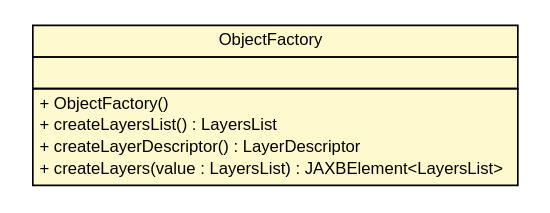
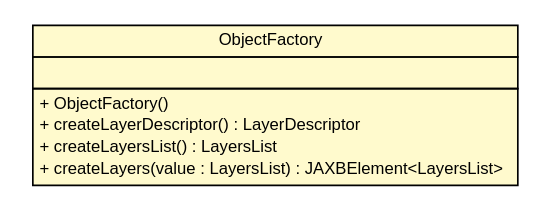
Before and after one commit to MinELenI/CBSviewer: the diagram in apidocs/nl/mineleni/cbsviewer/util/xml/ObjectFactory.dot, drawn with Graphviz. The commit also changed 664 other files, not shown here.

```diff
--- a/apidocs/nl/mineleni/cbsviewer/util/xml/ObjectFactory.dot
+++ b/apidocs/nl/mineleni/cbsviewer/util/xml/ObjectFactory.dot
@@ -1,27 +1,27 @@
 #!/usr/local/bin/dot
 #
 # Class diagram 
 # Generated by UMLGraph version R5_6 (http://www.umlgraph.org/)
 #
 
 digraph G {
 	edge [fontname="arial",fontsize=10,labelfontname="arial",labelfontsize=10];
 	node [fontname="arial",fontsize=10,shape=plaintext];
 	nodesep=0.25;
 	ranksep=0.5;
 	// nl.mineleni.cbsviewer.util.xml.ObjectFactory
-	c1736 [label=<<table title="nl.mineleni.cbsviewer.util.xml.ObjectFactory" border="0" cellborder="1" cellspacing="0" cellpadding="2" port="p" bgcolor="lemonChiffon" href="./ObjectFactory.html">
+	c4159 [label=<<table title="nl.mineleni.cbsviewer.util.xml.ObjectFactory" border="0" cellborder="1" cellspacing="0" cellpadding="2" port="p" bgcolor="lemonChiffon" href="./ObjectFactory.html">
 		<tr><td><table border="0" cellspacing="0" cellpadding="1">
 <tr><td align="center" balign="center"> ObjectFactory </td></tr>
 		</table></td></tr>
 		<tr><td><table border="0" cellspacing="0" cellpadding="1">
 <tr><td align="left" balign="left">  </td></tr>
 		</table></td></tr>
 		<tr><td><table border="0" cellspacing="0" cellpadding="1">
 <tr><td align="left" balign="left"> + ObjectFactory() </td></tr>
+<tr><td align="left" balign="left"> + createLayerDescriptor() : LayerDescriptor </td></tr>
 <tr><td align="left" balign="left"> + createLayersList() : LayersList </td></tr>
-<tr><td align="left" balign="left"> + createLayerDescriptor() : LayerDescriptor </td></tr>
 <tr><td align="left" balign="left"> + createLayers(value : LayersList) : JAXBElement&lt;LayersList&gt; </td></tr>
 		</table></td></tr>
 		</table>>, URL="./ObjectFactory.html", fontname="arial", fontcolor="black", fontsize=10.0];
 }
```
